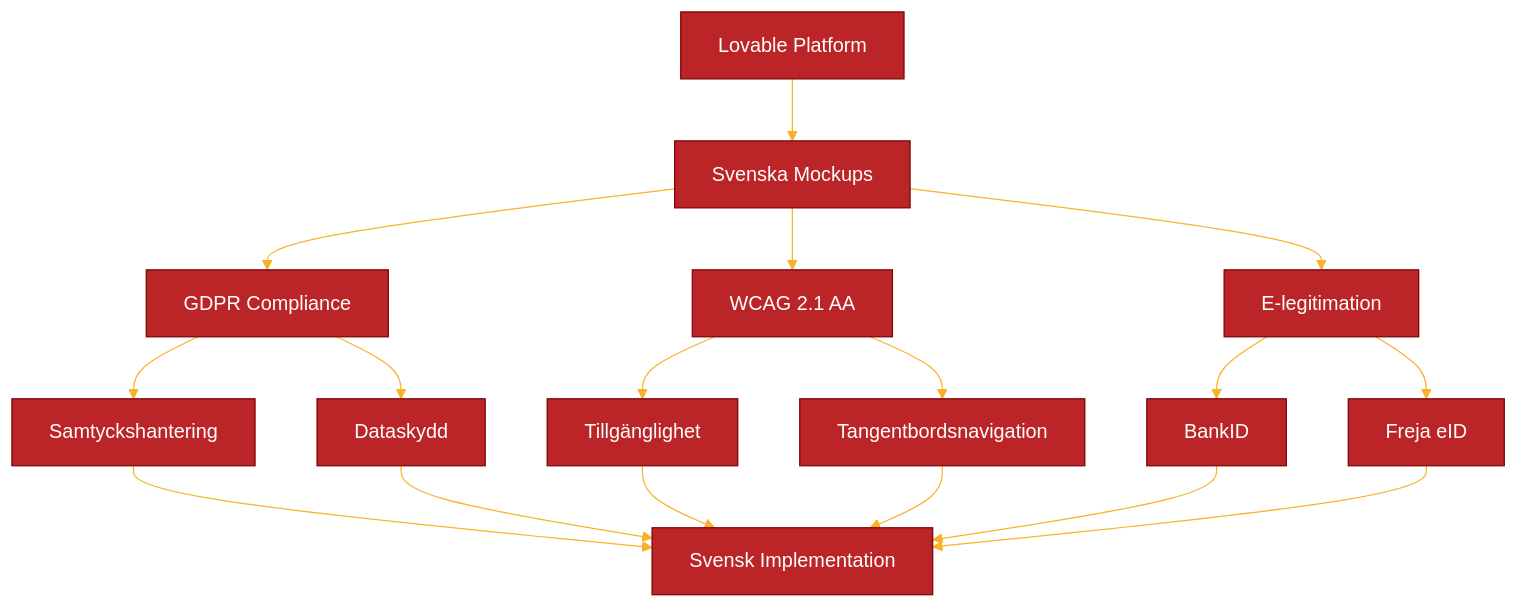
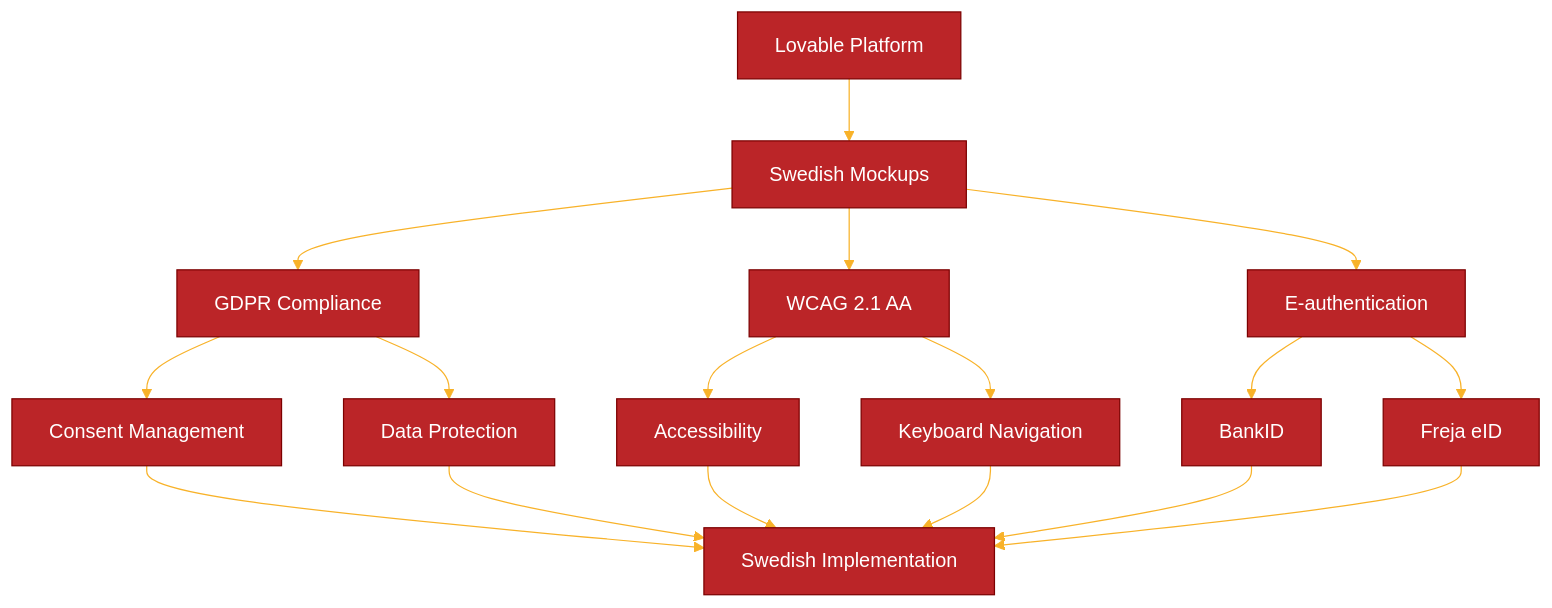
One commit to Geonitab/architecture_as_code changed the diagram in docs/images/diagram_21_kapitel20.mmd. Above: the diagram before and after it, drawn with Mermaid. The commit also changed 7 other files, not shown here.

Commit message:
Translate 8 Mermaid diagram files from Swedish to English

```diff
--- a/docs/images/diagram_21_kapitel20.mmd
+++ b/docs/images/diagram_21_kapitel20.mmd
@@ -1,32 +1,32 @@
 ---
 config:
   theme: 'base'
   themeVariables:
     primaryColor: '#BB2528'
     primaryTextColor: '#fff'
     primaryBorderColor: '#7C0000'
     lineColor: '#F8B229'
     secondaryColor: '#006100'
     tertiaryColor: '#fff'
 ---
 graph TB
-    A[Lovable Platform] --> B[Svenska Mockups]
+    A[Lovable Platform] --> B[Swedish Mockups]
     B --> C[GDPR Compliance]
     B --> D[WCAG 2.1 AA]
-    B --> E[E-legitimation]
+    B --> E[E-authentication]
     
-    C --> F[Samtyckshantering]
-    C --> G[Dataskydd]
+    C --> F[Consent Management]
+    C --> G[Data Protection]
     
-    D --> H[Tillgänglighet]
-    D --> I[Tangentbordsnavigation]
+    D --> H[Accessibility]
+    D --> I[Keyboard Navigation]
     
     E --> J[BankID]
     E --> K[Freja eID]
     
-    F --> L[Svensk Implementation]
+    F --> L[Swedish Implementation]
     G --> L
     H --> L
     I --> L
     J --> L
     K --> L
```
